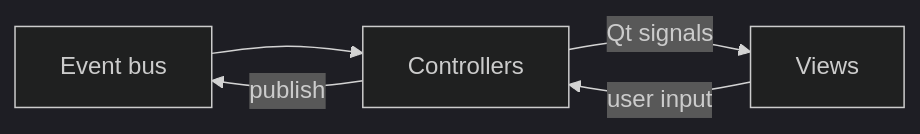
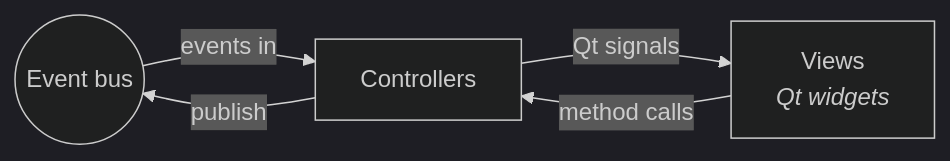
The diagram in docs/developer/features/user_interface.rst (rick12000/vocalance), drawn with Mermaid (dark theme) before and after one commit. The commit also changed other lines of this file and 12 other files, not shown here.

```diff
--- a/docs/developer/features/user_interface.rst
+++ b/docs/developer/features/user_interface.rst
@@ -22,7 +20,7 @@
 .. mermaid::
 
    flowchart LR
-       Bus[Event bus] --> Ctrl[Controllers]
-       Ctrl -->|Qt signals| View[Views]
-       View -->|user input| Ctrl
+       Bus((Event bus)) -->|events in| Ctrl[Controllers]
+       Ctrl -->|Qt signals| View[Views<br/><i>Qt widgets</i>]
+       View -->|method calls| Ctrl
        Ctrl -->|publish| Bus
```
